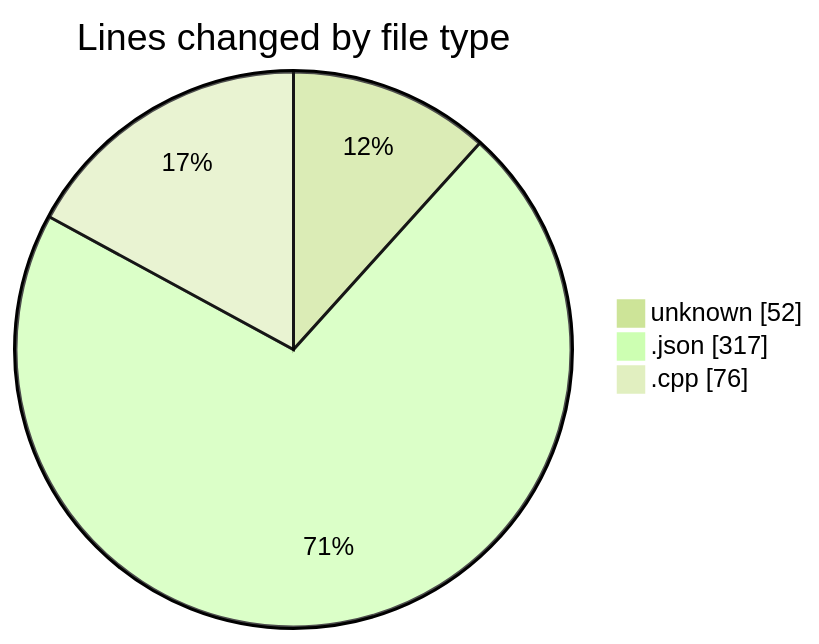
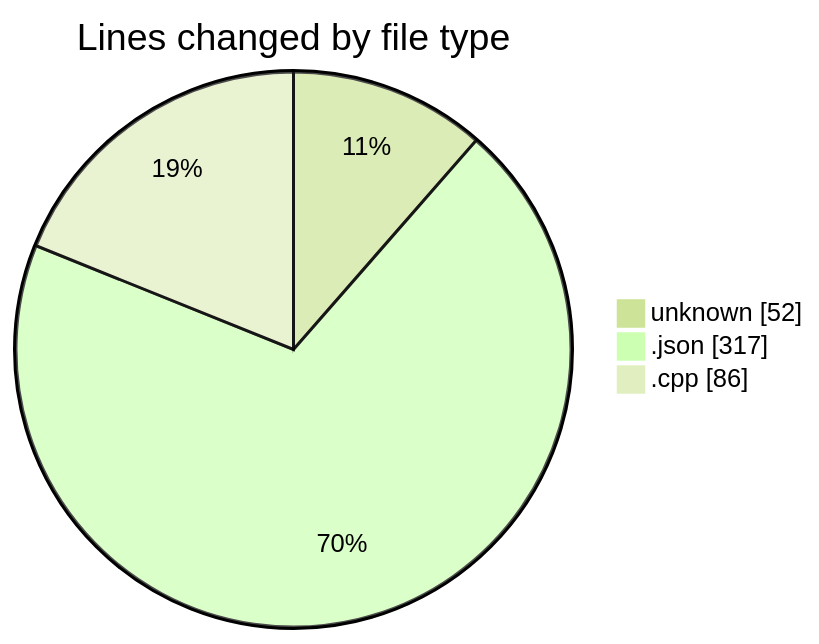
One commit to Netris89/code-tracking changed the first of 2 diagrams in 2025-03-26/echo/README.md. Above: the diagram before and after it, drawn with Mermaid (forest theme). The commit also changed other lines of this file and 1 other file, not shown here.

````diff
--- a/2025-03-26/echo/README.md
+++ b/2025-03-26/echo/README.md
@@ -24,7 +24,7 @@
 ```mermaid
 pie showData
 title Lines changed by file type
 "unknown" : 52
 ".json" : 317
-".cpp" : 76
+".cpp" : 86
 ```
````
